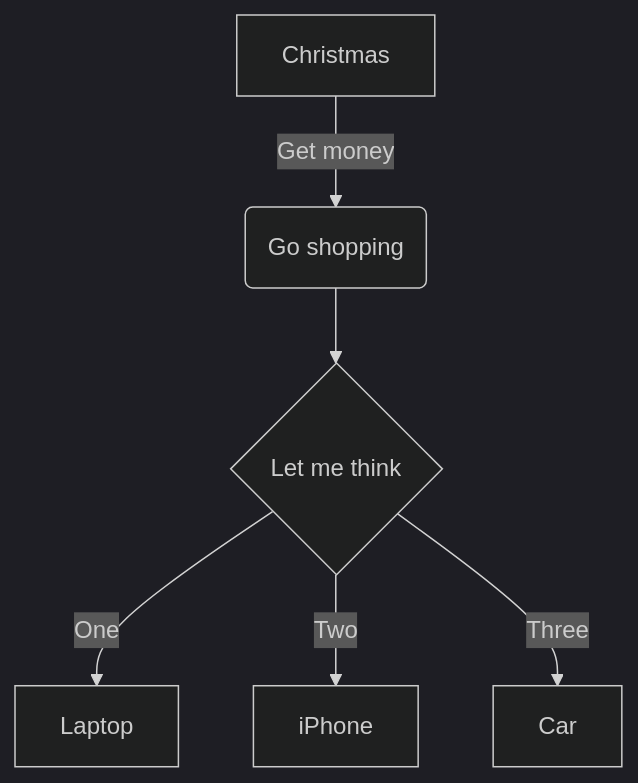
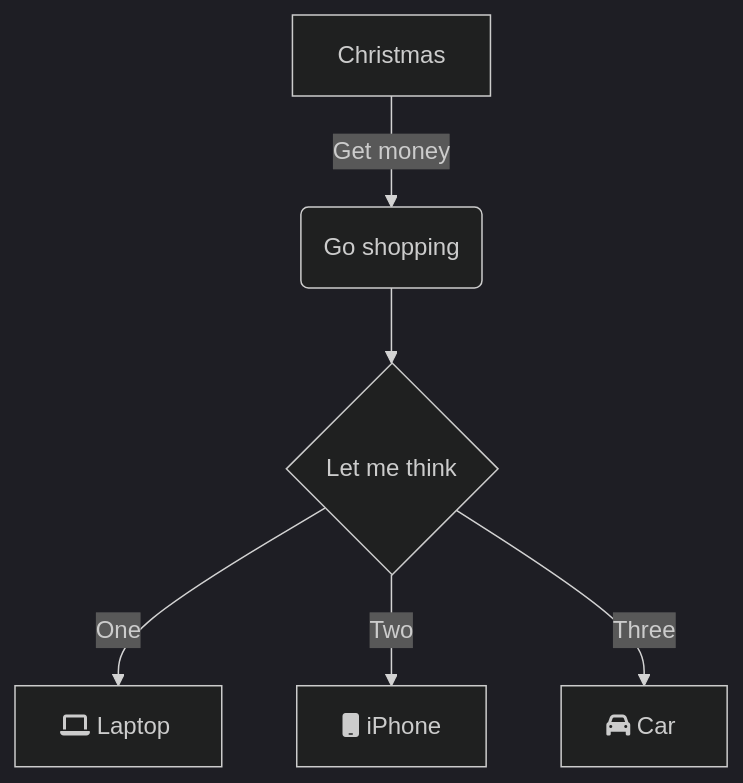
One commit to Flayms/Markdown2Pdf changed the diagram in Markdown2Pdf.Demo/README.md. Above: the diagram before and after it, drawn with Mermaid (dark theme). The commit also changed 3 other files, not shown here.

````diff
--- a/Markdown2Pdf.Demo/README.md
+++ b/Markdown2Pdf.Demo/README.md
@@ -124,8 +124,8 @@
 ```mermaid
 graph TD
 A[Christmas] -->|Get money| B(Go shopping)
 B --> C{Let me think}
-C -->|One| D[Laptop]
-C -->|Two| E[iPhone]
-C -->|Three| F[Car]
+C -->|One| D["fa:fa-laptop Laptop&nbsp;"]
+C -->|Two| E["fa:fa-mobile iPhone"]
+C -->|Three| F["fa:fa-car Car&nbsp;"]
 ```
````
